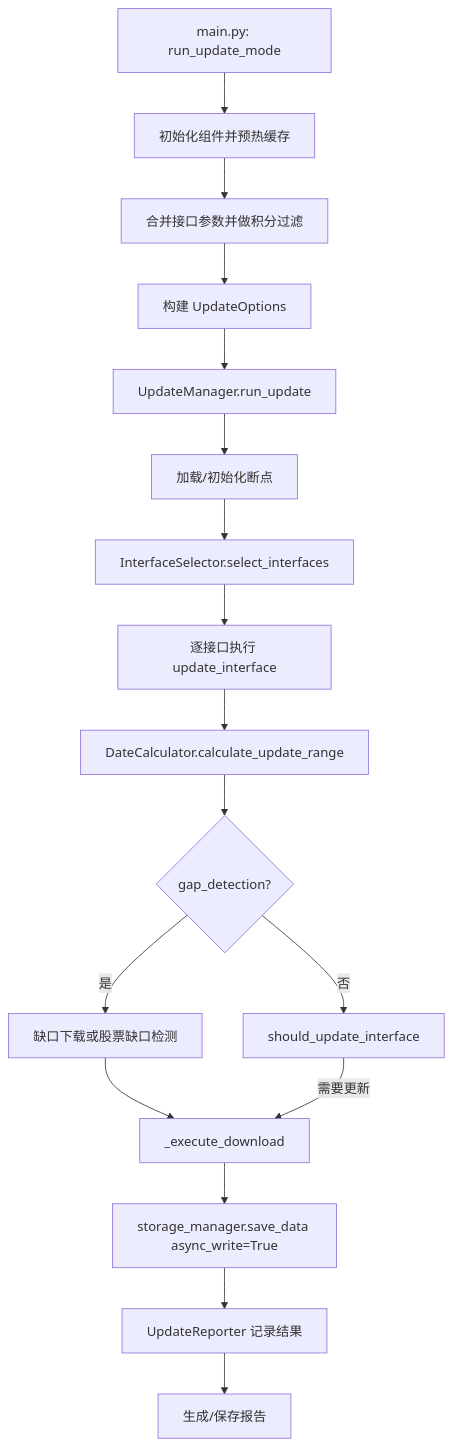
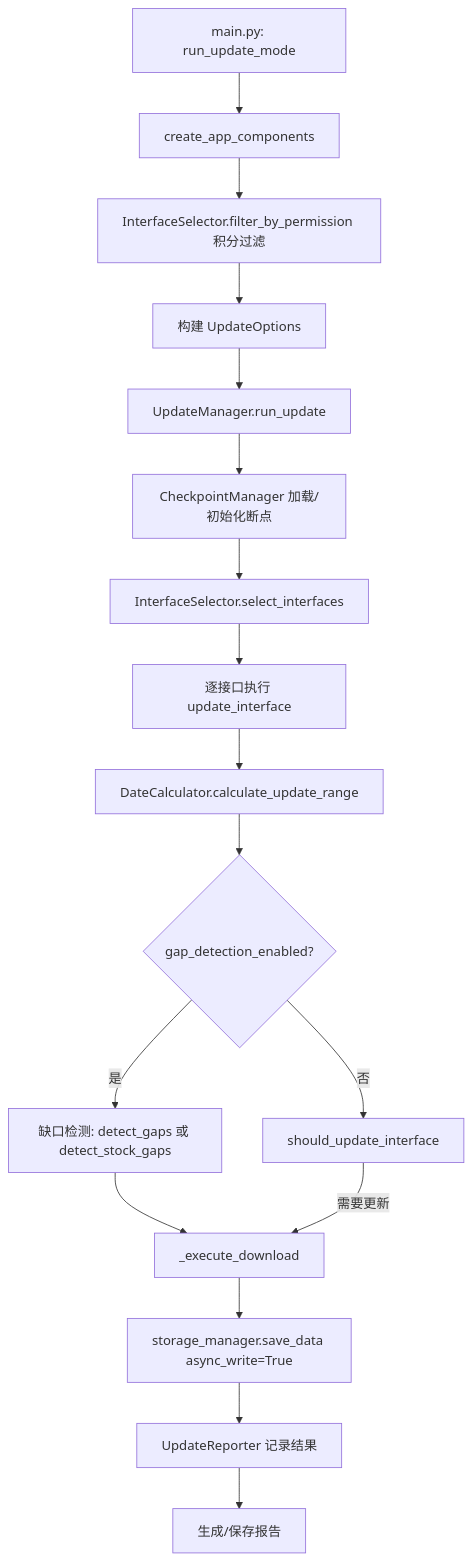
One commit to k2o333/quantaalpha changed the fourth of 17 diagrams in p/main_to_interface_flow.md. Above: the diagram before and after it, drawn with Mermaid. The commit also changed other lines of this file and 1 other file, not shown here.

````diff
--- a/p/main_to_interface_flow.md
+++ b/p/main_to_interface_flow.md
@@ -113,19 +154,19 @@
 ```mermaid
 graph TD
-    A[main.py: run_update_mode] --> B[初始化组件并预热缓存]
-    B --> C[合并接口参数并做积分过滤]
+    A[main.py: run_update_mode] --> B[create_app_components]
+    B --> C[InterfaceSelector.filter_by_permission 积分过滤]
     C --> D[构建 UpdateOptions]
     D --> E[UpdateManager.run_update]
-    E --> F[加载/初始化断点]
+    E --> F[CheckpointManager 加载/初始化断点]
     F --> G[InterfaceSelector.select_interfaces]
     G --> H[逐接口执行 update_interface]
     H --> I[DateCalculator.calculate_update_range]
-    I --> J{gap_detection?}
-    J -->|是| K[缺口下载或股票缺口检测]
+    I --> J{gap_detection_enabled?}
+    J -->|是| K[缺口检测: detect_gaps 或 detect_stock_gaps]
     J -->|否| L[should_update_interface]
     K --> M[_execute_download]
     L -->|需要更新| M
     M --> N[storage_manager.save_data async_write=True]
     N --> O[UpdateReporter 记录结果]
     O --> P[生成/保存报告]
 ```
````
